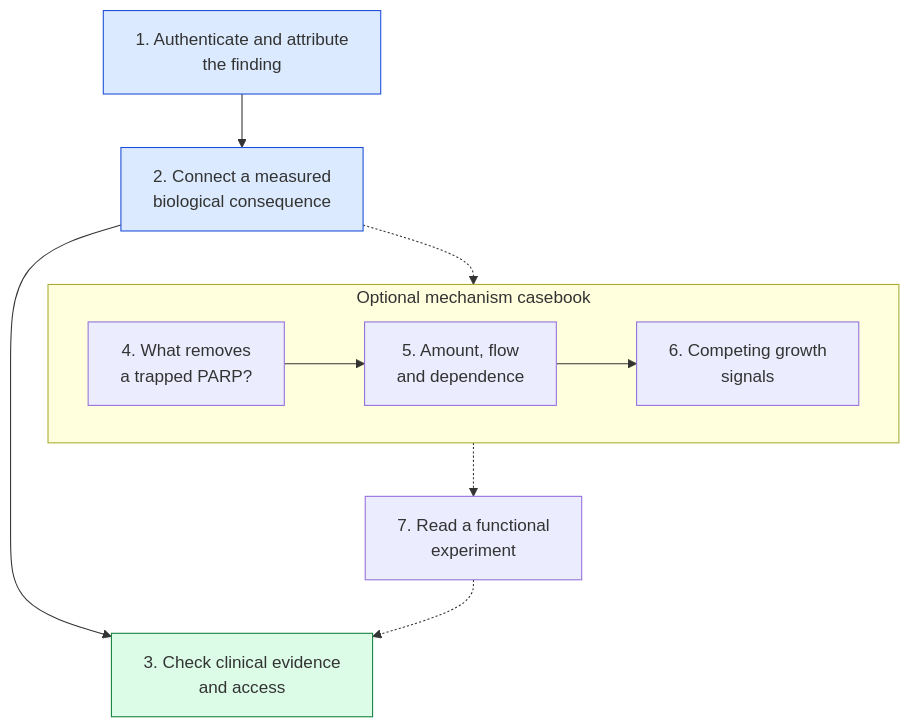
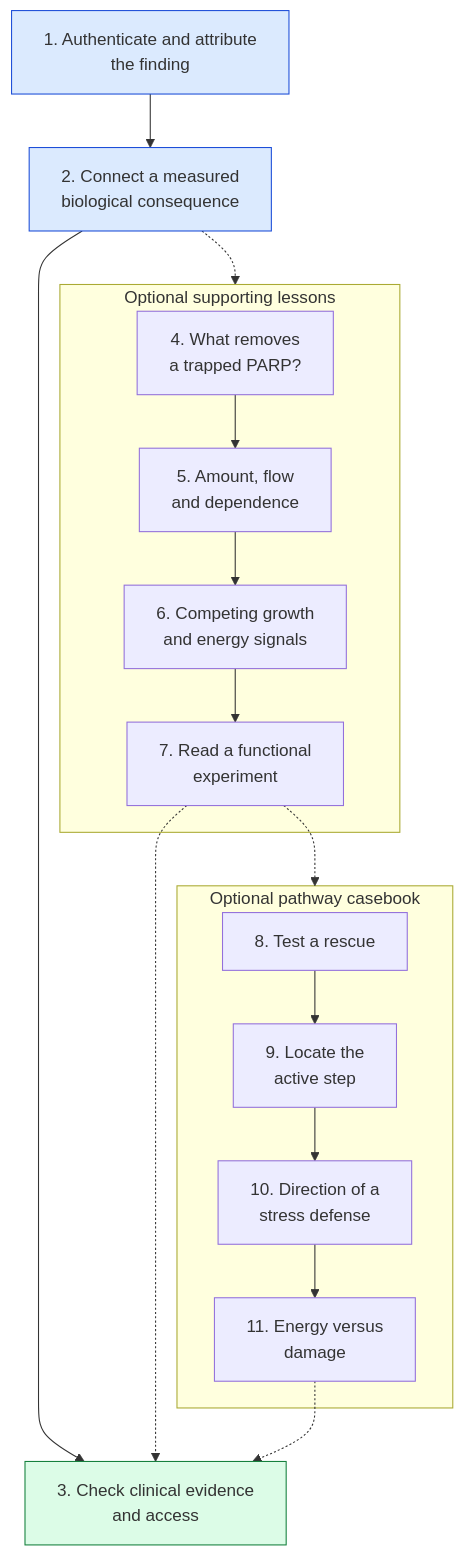
One commit to jasonLaster/oncoguide changed the diagram in wiki/education/guides/from-variant-to-drug/index.md. Above: the diagram before and after it, drawn with Mermaid. The commit also changed other lines of this file and 527 other files, not shown here.

````diff
--- a/wiki/education/guides/from-variant-to-drug/index.md
+++ b/wiki/education/guides/from-variant-to-drug/index.md
@@ -34,15 +34,22 @@
 ```mermaid
 flowchart TD
  A["1. Authenticate and attribute<br/>the finding"] --> B["2. Connect a measured<br/>biological consequence"]
  B --> C["3. Check clinical evidence<br/>and access"]
- B -.-> D
- subgraph D["Optional mechanism casebook"]
-  D4["4. What removes<br/>a trapped PARP?"] --> D5["5. Amount, flow<br/>and dependence"]
-  D5 --> D6["6. Competing growth<br/>signals"]
+ B -.-> S
+ subgraph S["Optional supporting lessons"]
+  S4["4. What removes<br/>a trapped PARP?"] --> S5["5. Amount, flow<br/>and dependence"]
+  S5 --> S6["6. Competing growth<br/>and energy signals"]
+  S6 --> S7["7. Read a functional<br/>experiment"]
  end
- D -.-> E["7. Read a functional<br/>experiment"]
- E -.-> C
+ S7 -.-> K
+ subgraph K["Optional pathway casebook"]
+  K8["8. Test a rescue"] --> K9["9. Locate the<br/>active step"]
+  K9 --> K10["10. Direction of a<br/>stress defense"]
+  K10 --> K11["11. Energy versus<br/>damage"]
+ end
+ S7 -.-> C
+ K11 -.-> C
  style A fill:#dbeafe,stroke:#1d4ed8
  style B fill:#dbeafe,stroke:#1d4ed8
  style C fill:#dcfce7,stroke:#15803d
 ```
````
